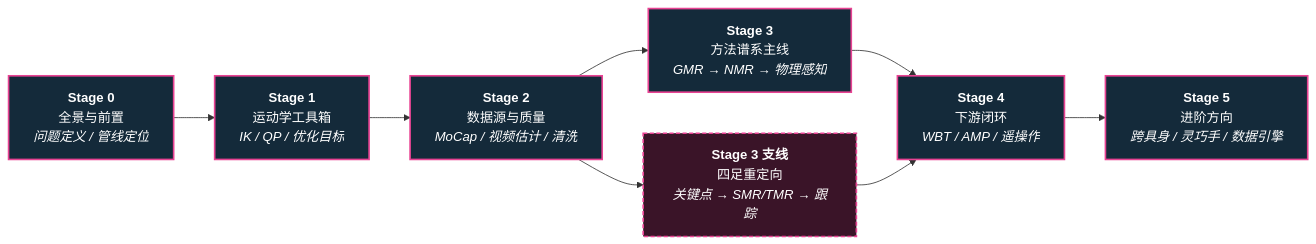
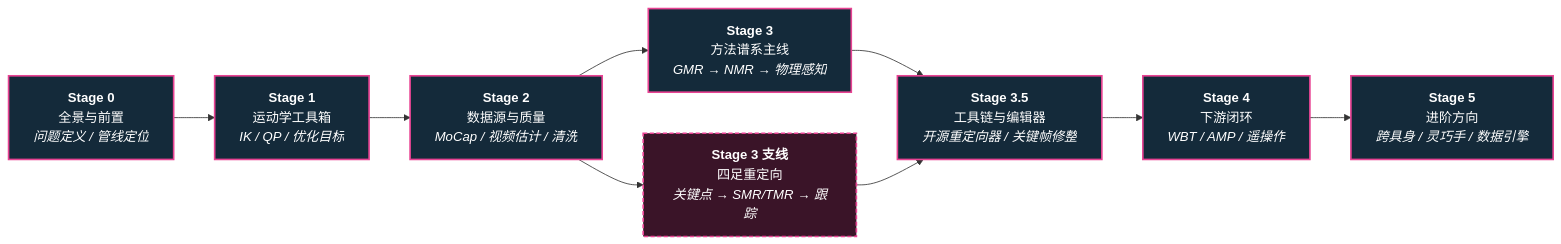
Before and after one commit to ImChong/Robotics_Notebooks: the diagram in roadmap/depth-motion-retargeting.md, drawn with Mermaid. The commit also changed other lines of this file and 8 other files, not shown here.

First line of the commit message:
docs(roadmap): 动作重定向纵深新增 Stage 3.5 工具链与轨迹编辑器

````diff
--- a/roadmap/depth-motion-retargeting.md
+++ b/roadmap/depth-motion-retargeting.md
@@ -7,18 +7,19 @@
 ```mermaid
 flowchart LR
   S0["<b>Stage 0</b><br/>全景与前置<br/><em>问题定义 / 管线定位</em>"]
   S1["<b>Stage 1</b><br/>运动学工具箱<br/><em>IK / QP / 优化目标</em>"]
   S2["<b>Stage 2</b><br/>数据源与质量<br/><em>MoCap / 视频估计 / 清洗</em>"]
   S3["<b>Stage 3</b><br/>方法谱系主线<br/><em>GMR → NMR → 物理感知</em>"]
   S3Q["<b>Stage 3 支线</b><br/>四足重定向<br/><em>关键点 → SMR/TMR → 跟踪</em>"]
+  S35["<b>Stage 3.5</b><br/>工具链与编辑器<br/><em>开源重定向器 / 关键帧修整</em>"]
   S4["<b>Stage 4</b><br/>下游闭环<br/><em>WBT / AMP / 遥操作</em>"]
   S5["<b>Stage 5</b><br/>进阶方向<br/><em>跨具身 / 灵巧手 / 数据引擎</em>"]
 
-  S0 --> S1 --> S2 --> S3 --> S4 --> S5
-  S2 --> S3Q --> S4
+  S0 --> S1 --> S2 --> S3 --> S35 --> S4 --> S5
+  S2 --> S3Q --> S35
 
   classDef stage fill:#142a3a,stroke:#e84393,stroke-width:2px,color:#fff
   classDef branch fill:#3a1428,stroke:#e84393,stroke-width:2px,stroke-dasharray:5 3,color:#fff
-  class S0,S1,S2,S3,S4,S5 stage
+  class S0,S1,S2,S3,S35,S4,S5 stage
   class S3Q branch
 ```
````
